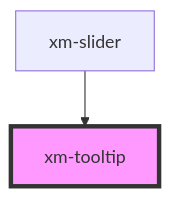
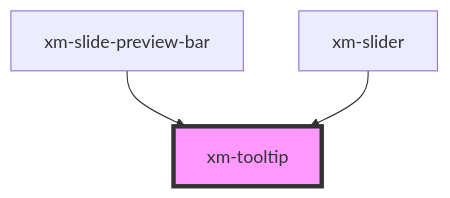
The diagram in src/components/tooltip/readme.md (openHPI/xikolo-video-player), drawn with Mermaid before and after one commit. The commit also changed other lines of this file and 11 other files, not shown here.

````diff
--- a/src/components/tooltip/readme.md
+++ b/src/components/tooltip/readme.md
@@ -24,5 +26,6 @@
 ```mermaid
 graph TD;
+  xm-slide-preview-bar --> xm-tooltip
   xm-slider --> xm-tooltip
   style xm-tooltip fill:#f9f,stroke:#333,stroke-width:4px
 ```
````
